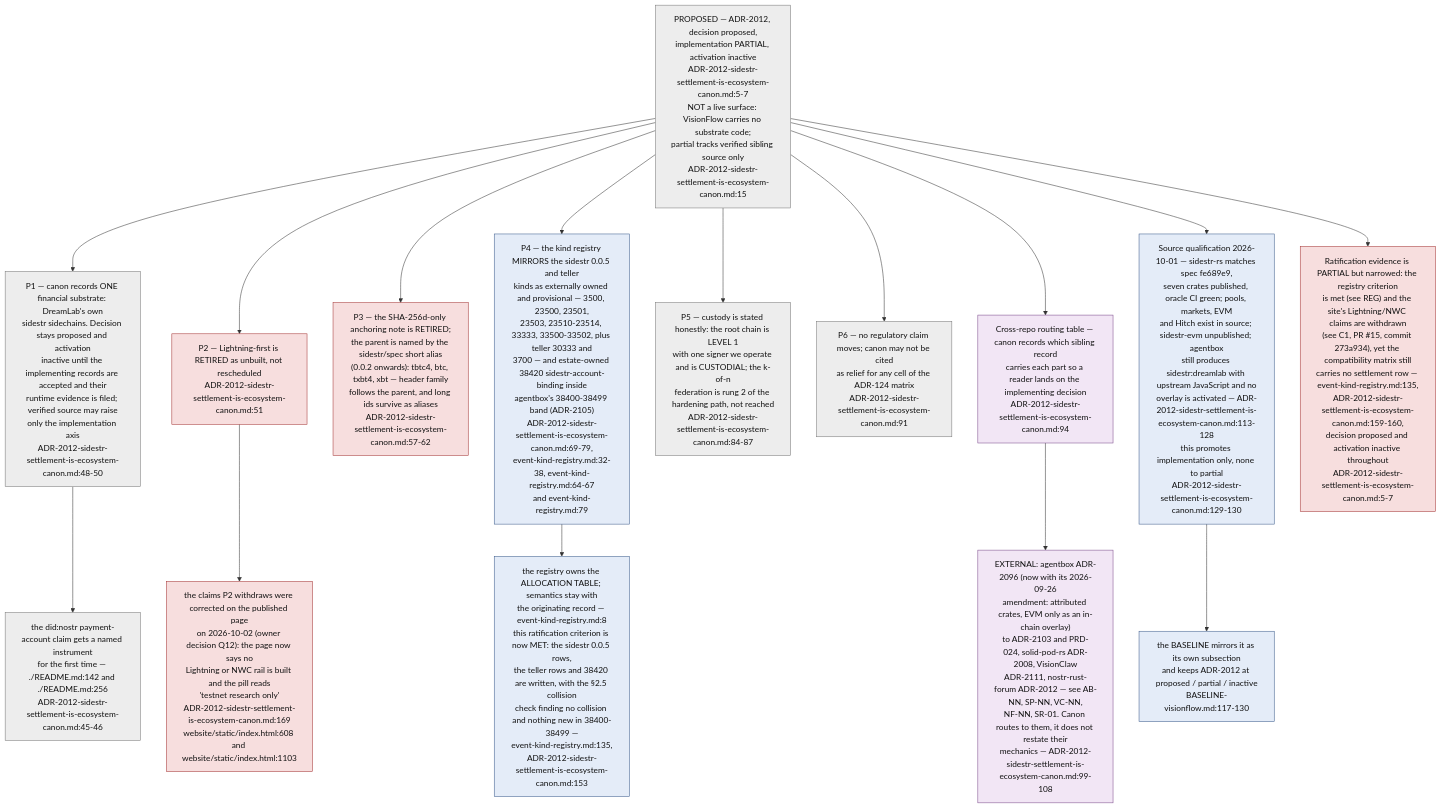
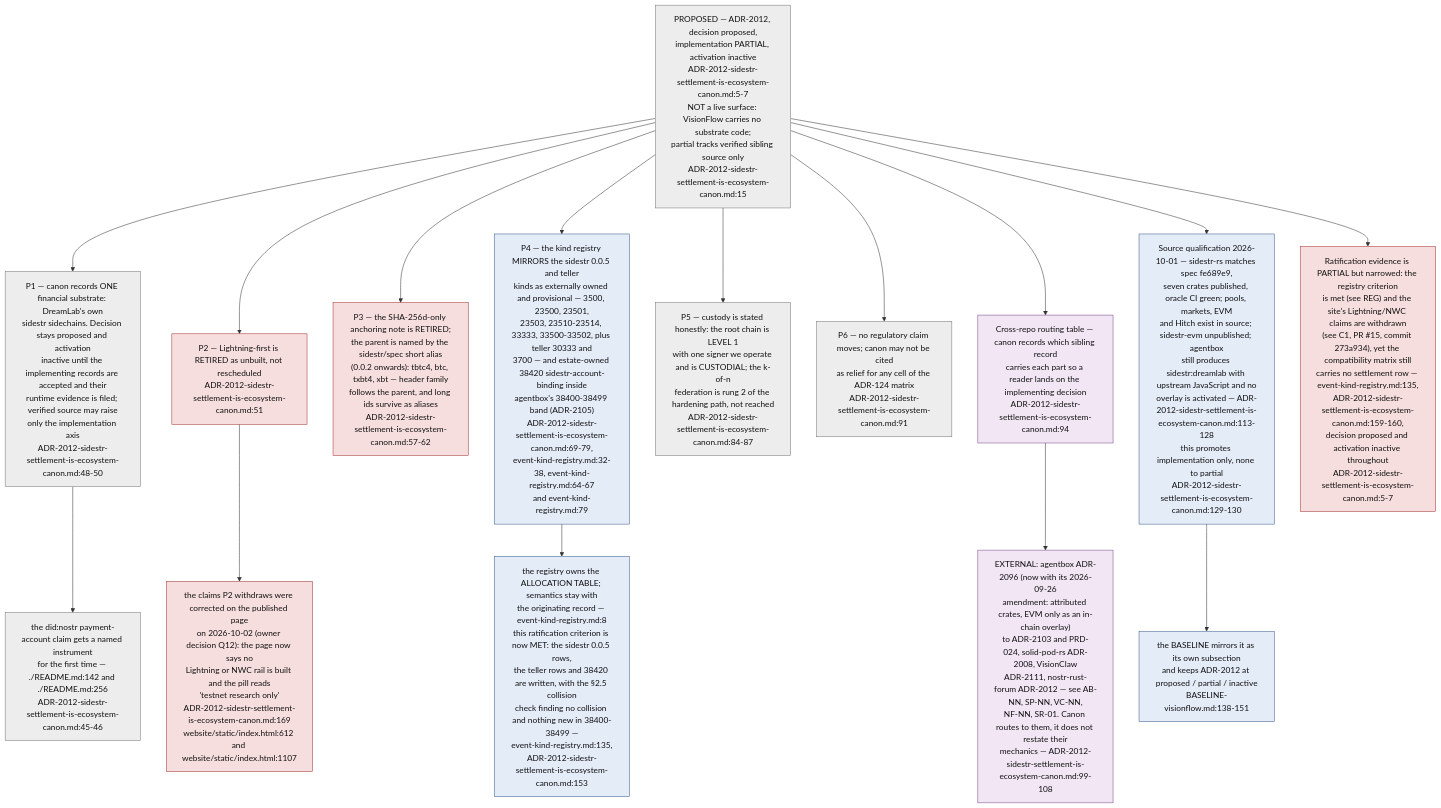
One commit to DreamLab-AI/VisionFlow changed the tenth of 11 diagrams in docs/diagrams/visionflow/01-repo-composition-and-canon.md. Above: the diagram before and after it, drawn with Mermaid. The commit also changed other lines of this file and 80 other files, not shown here.

First line of the commit message:
docs(diagrams): re-verify the agentbox, dreamlab, estate and visionflow corpus against current sources

````diff
--- a/docs/diagrams/visionflow/01-repo-composition-and-canon.md
+++ b/docs/diagrams/visionflow/01-repo-composition-and-canon.md
@@ -381,33 +381,33 @@
 ```mermaid
 flowchart TB
     classDef prop fill:#ededed,stroke:#777,color:#111
     classDef retire fill:#f7dede,stroke:#a33333,color:#111
     classDef ext fill:#f2e6f5,stroke:#7a4a8a,color:#111
     classDef tbl fill:#e4ecf8,stroke:#3a5a8a,color:#111
 
     REC["PROPOSED — ADR-2012, decision proposed,<br/>implementation PARTIAL, activation inactive<br/>ADR-2012-sidestr-settlement-is-ecosystem-canon.md:5-7<br/>NOT a live surface: VisionFlow carries no substrate code;<br/>partial tracks verified sibling source only<br/>ADR-2012-sidestr-settlement-is-ecosystem-canon.md:15"]:::prop
 
     REC --> P1["P1 — canon records ONE financial substrate: DreamLab's own<br/>sidestr sidechains. Decision stays proposed and activation<br/>inactive until the implementing records are accepted and their<br/>runtime evidence is filed; verified source may raise<br/>only the implementation axis<br/>ADR-2012-sidestr-settlement-is-ecosystem-canon.md:48-50"]:::prop
     REC --> P2["P2 — Lightning-first is RETIRED as unbuilt, not rescheduled<br/>ADR-2012-sidestr-settlement-is-ecosystem-canon.md:51"]:::retire
     REC --> P3["P3 — the SHA-256d-only anchoring note is RETIRED;<br/>the parent is named by the sidestr/spec short alias<br/>(0.0.2 onwards): tbtc4, btc, txbt4, xbt — header family<br/>follows the parent, and long ids survive as aliases<br/>ADR-2012-sidestr-settlement-is-ecosystem-canon.md:57-62"]:::retire
     REC --> P4["P4 — the kind registry MIRRORS the sidestr 0.0.5 and teller<br/>kinds as externally owned and provisional — 3500, 23500, 23501,<br/>23503, 23510-23514, 33333, 33500-33502, plus teller 30333 and<br/>3700 — and estate-owned 38420 sidestr-account-binding inside<br/>agentbox's 38400-38499 band (ADR-2105)<br/>ADR-2012-sidestr-settlement-is-ecosystem-canon.md:69-79,<br/>event-kind-registry.md:32-38, event-kind-registry.md:64-67<br/>and event-kind-registry.md:79"]:::tbl
     REC --> P5["P5 — custody is stated honestly: the root chain is LEVEL 1<br/>with one signer we operate and is CUSTODIAL; the k-of-n<br/>federation is rung 2 of the hardening path, not reached<br/>ADR-2012-sidestr-settlement-is-ecosystem-canon.md:84-87"]:::prop
     REC --> P6["P6 — no regulatory claim moves; canon may not be cited<br/>as relief for any cell of the ADR-124 matrix<br/>ADR-2012-sidestr-settlement-is-ecosystem-canon.md:91"]:::prop
 
-    P2 --> C1["the claims P2 withdraws were corrected on the published page<br/>on 2026-10-02 (owner decision Q12): the page now says no<br/>Lightning or NWC rail is built and the pill reads<br/>'testnet research only'<br/>ADR-2012-sidestr-settlement-is-ecosystem-canon.md:169<br/>website/static/index.html:608 and website/static/index.html:1103"]:::retire
+    P2 --> C1["the claims P2 withdraws were corrected on the published page<br/>on 2026-10-02 (owner decision Q12): the page now says no<br/>Lightning or NWC rail is built and the pill reads<br/>'testnet research only'<br/>ADR-2012-sidestr-settlement-is-ecosystem-canon.md:169<br/>website/static/index.html:612 and website/static/index.html:1107"]:::retire
     P1 --> C2["the did:nostr payment-account claim gets a named instrument<br/>for the first time — ./README.md:142 and ./README.md:256<br/>ADR-2012-sidestr-settlement-is-ecosystem-canon.md:45-46"]:::prop
 
     P4 --> REG["the registry owns the ALLOCATION TABLE; semantics stay with<br/>the originating record — event-kind-registry.md:8<br/>this ratification criterion is now MET: the sidestr 0.0.5 rows,<br/>the teller rows and 38420 are written, with the §2.5 collision<br/>check finding no collision and nothing new in 38400-38499 —<br/>event-kind-registry.md:135,<br/>ADR-2012-sidestr-settlement-is-ecosystem-canon.md:153"]:::tbl
 
     ROUTE["Cross-repo routing table — canon records which sibling record<br/>carries each part so a reader lands on the implementing decision<br/>ADR-2012-sidestr-settlement-is-ecosystem-canon.md:94"]:::ext
     REC --> ROUTE
     ROUTE --> EXT1["EXTERNAL: agentbox ADR-2096 (now with its 2026-09-26<br/>amendment: attributed crates, EVM only as an in-chain overlay)<br/>to ADR-2103 and PRD-024, solid-pod-rs ADR-2008, VisionClaw<br/>ADR-2111, nostr-rust-forum ADR-2012 — see AB-NN, SP-NN, VC-NN,<br/>NF-NN, SR-01. Canon routes to them, it does not restate their<br/>mechanics — ADR-2012-sidestr-settlement-is-ecosystem-canon.md:99-108"]:::ext
 
     QUAL["Source qualification 2026-10-01 — sidestr-rs matches spec fe689e9,<br/>seven crates published, oracle CI green; pools, markets, EVM<br/>and Hitch exist in source; sidestr-evm unpublished; agentbox<br/>still produces sidestr:dreamlab with upstream JavaScript and no<br/>overlay is activated — ADR-2012-sidestr-settlement-is-ecosystem-canon.md:113-128<br/>this promotes implementation only, none to partial<br/>ADR-2012-sidestr-settlement-is-ecosystem-canon.md:129-130"]:::tbl
     REC --> QUAL
-    BASEL["the BASELINE mirrors it as its own subsection<br/>and keeps ADR-2012 at proposed / partial / inactive<br/>BASELINE-visionflow.md:117-130"]:::tbl
+    BASEL["the BASELINE mirrors it as its own subsection<br/>and keeps ADR-2012 at proposed / partial / inactive<br/>BASELINE-visionflow.md:138-151"]:::tbl
     QUAL --> BASEL
 
     VER["Ratification evidence is PARTIAL but narrowed: the registry criterion<br/>is met (see REG) and the site's Lightning/NWC claims are withdrawn<br/>(see C1, PR #15, commit 273a934), yet the compatibility matrix still<br/>carries no settlement row — event-kind-registry.md:135,<br/>ADR-2012-sidestr-settlement-is-ecosystem-canon.md:159-160,<br/>decision proposed and activation inactive throughout<br/>ADR-2012-sidestr-settlement-is-ecosystem-canon.md:5-7"]:::retire
     REC --> VER
 ```
````
